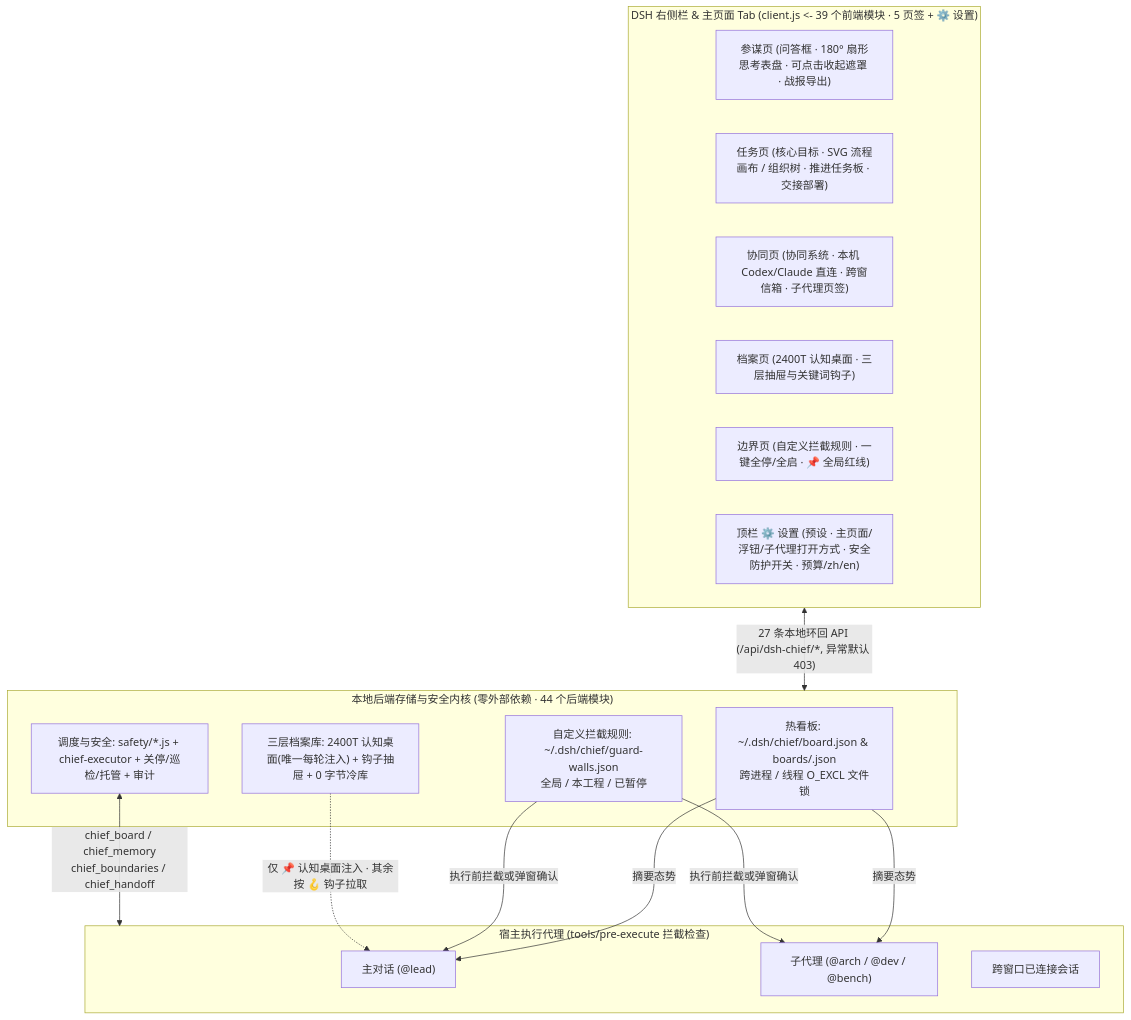
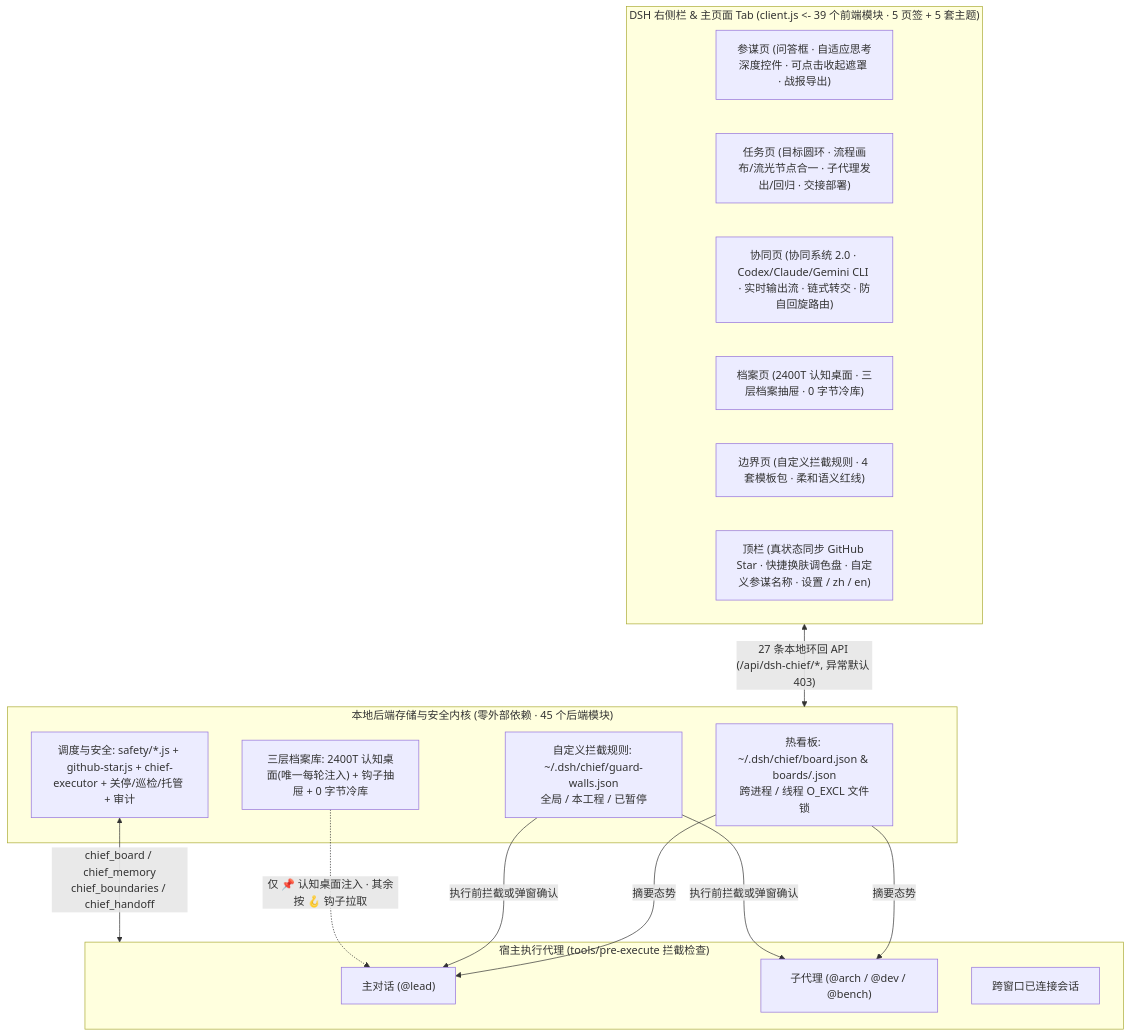
One commit to zqf20096327/ai_collect changed the third of 3 diagrams in data/readmes/gluztm__dsh-chief.md. Above: the diagram before and after it, drawn with Mermaid. The commit also changed other lines of this file and 3185 other files, not shown here.

````diff
--- a/data/readmes/gluztm__dsh-chief.md
+++ b/data/readmes/gluztm__dsh-chief.md
@@ -354,32 +366,32 @@
 ```mermaid
 flowchart TB
-  subgraph UI["DSH 右侧栏 & 主页面 Tab (client.js <- 39 个前端模块 · 5 页签 + ⚙️ 设置)"]
-    T1["参谋页 (问答框 · 180° 扇形思考表盘 · 可点击收起遮罩 · 战报导出)"]
-    T2["任务页 (核心目标 · SVG 流程画布 / 组织树 · 推进任务板 · 交接部署)"]
-    T3["协同页 (协同系统 · 本机 Codex/Claude 直连 · 跨窗信箱 · 子代理页签)"]
-    T5["档案页 (2400T 认知桌面 · 三层抽屉与关键词钩子)"]
-    T6["边界页 (自定义拦截规则 · 一键全停/全启 · 📌 全局红线)"]
-    T7["顶栏 ⚙️ 设置 (预设 · 主页面/浮钮/子代理打开方式 · 安全防护开关 · 预算/zh/en)"]
+  subgraph UI["DSH 右侧栏 & 主页面 Tab (client.js <- 39 个前端模块 · 5 页签 + 5 套主题)"]
+    T1["参谋页 (问答框 · 自适应思考深度控件 · 可点击收起遮罩 · 战报导出)"]
+    T2["任务页 (目标圆环 · 流程画布/流光节点合一 · 子代理发出/回归 · 交接部署)"]
+    T3["协同页 (协同系统 2.0 · Codex/Claude/Gemini CLI · 实时输出流 · 链式转交 · 防自回旋路由)"]
+    T5["档案页 (2400T 认知桌面 · 三层档案抽屉 · 0 字节冷库)"]
+    T6["边界页 (自定义拦截规则 · 4 套模板包 · 柔和语义红线)"]
+    T7["顶栏 (真状态同步 GitHub Star · 快捷换肤调色盘 · 自定义参谋名称 · 设置 / zh / en)"]
   end
 
-  subgraph Core["本地后端存储与安全内核 (零外部依赖 · 44 个后端模块)"]
+  subgraph Core["本地后端存储与安全内核 (零外部依赖 · 45 个后端模块)"]
     Hot["热看板: ~/.dsh/chief/board.json & boards/<sid>.json\n跨进程 / 线程 O_EXCL 文件锁"]
     Walls["自定义拦截规则: ~/.dsh/chief/guard-walls.json\n全局 / 本工程 / 已暂停"]
     Cold["三层档案库: 2400T 认知桌面(唯一每轮注入) + 钩子抽屉 + 0 字节冷库"]
-    Bus["调度与安全: safety/*.js + chief-executor + 关停/巡检/托管 + 审计"]
+    Bus["调度与安全: safety/*.js + github-star.js + chief-executor + 关停/巡检/托管 + 审计"]
   end
 
   subgraph Agents["宿主执行代理 (tools/pre-execute 拦截检查)"]
     Lead["主对话 (@lead)"]
     Subs["子代理 (@arch / @dev / @bench)"]
     Peers["跨窗口已连接会话"]
   end
 
   UI <-->|"27 条本地环回 API (/api/dsh-chief/*, 异常默认 403)"| Core
   Hot -->|"摘要态势"| Lead
   Hot -->|"摘要态势"| Subs
   Walls -->|"执行前拦截或弹窗确认"| Lead
   Walls -->|"执行前拦截或弹窗确认"| Subs
   Cold -.->|"仅 📌 认知桌面注入 · 其余按 🪝 钩子拉取"| Lead
   Bus <-->|"chief_board / chief_memory\nchief_boundaries / chief_handoff"| Agents
 ```
````
